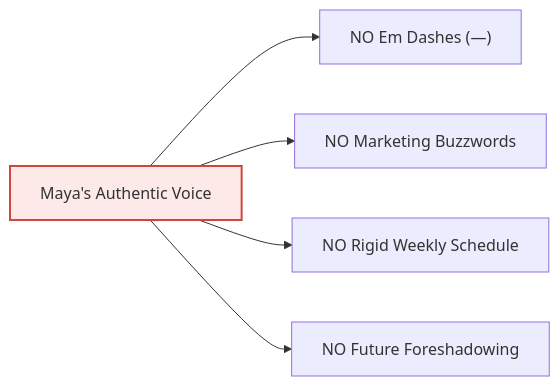
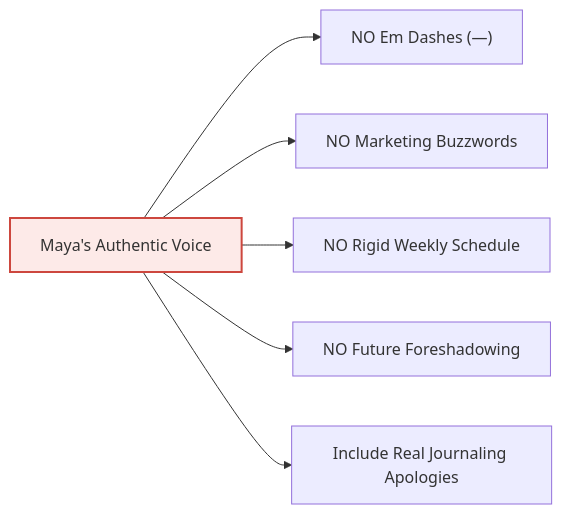
The diagram in docs/character/02_personality_and_voice_guide.md (genericService/desert-bloom-diary), drawn with Mermaid before and after one commit. The commit also changed other lines of this file and 2 other files, not shown here.

Commit message:
feat: weave authentic self-conscious journaling apologies (for gaps, brain fog, and short posts) into Maya's entries (v1.4.1)

````diff
--- a/docs/character/02_personality_and_voice_guide.md
+++ b/docs/character/02_personality_and_voice_guide.md
@@ -36,9 +44,10 @@
 ```mermaid
 graph LR
     A["Maya's Authentic Voice"] --> B["NO Em Dashes (—)"]
     A --> C["NO Marketing Buzzwords"]
     A --> D["NO Rigid Weekly Schedule"]
     A --> E["NO Future Foreshadowing"]
+    A --> F["Include Real Journaling Apologies"]
     
     style A fill:#fdeae8,stroke:#cd473e,stroke-width:2px;
 ```
````
